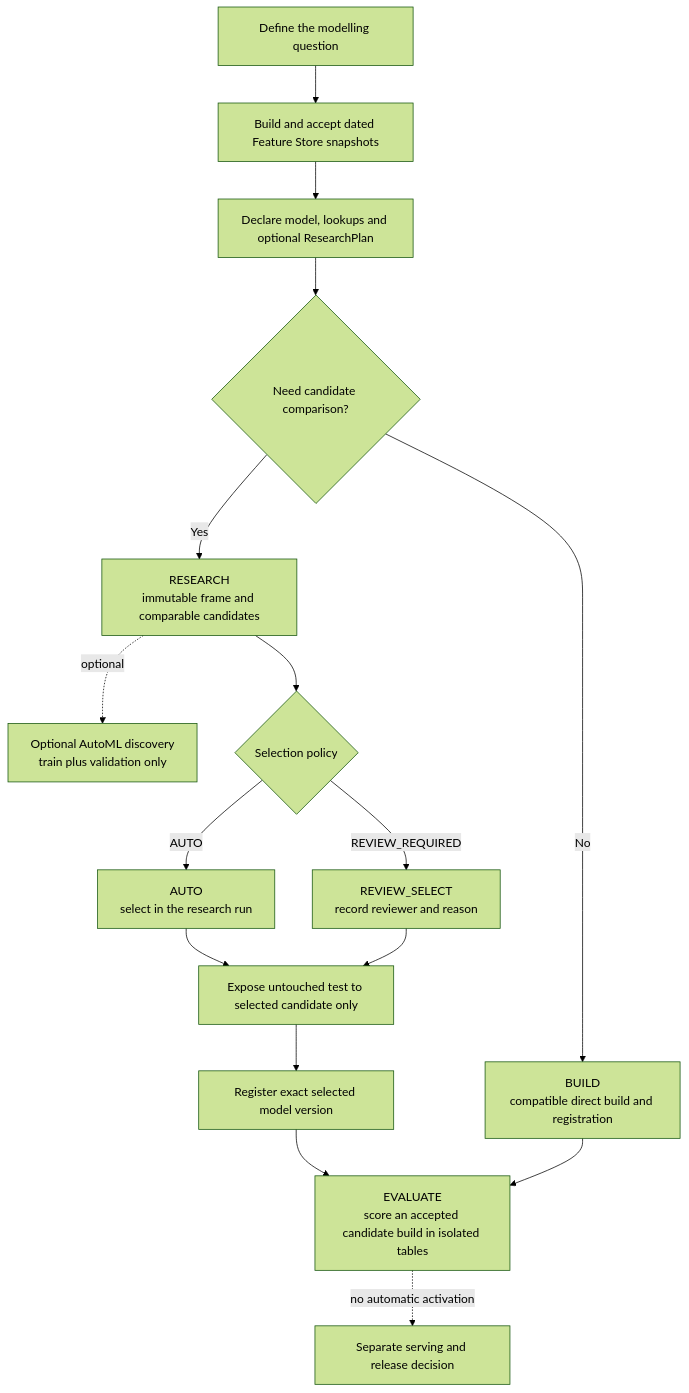
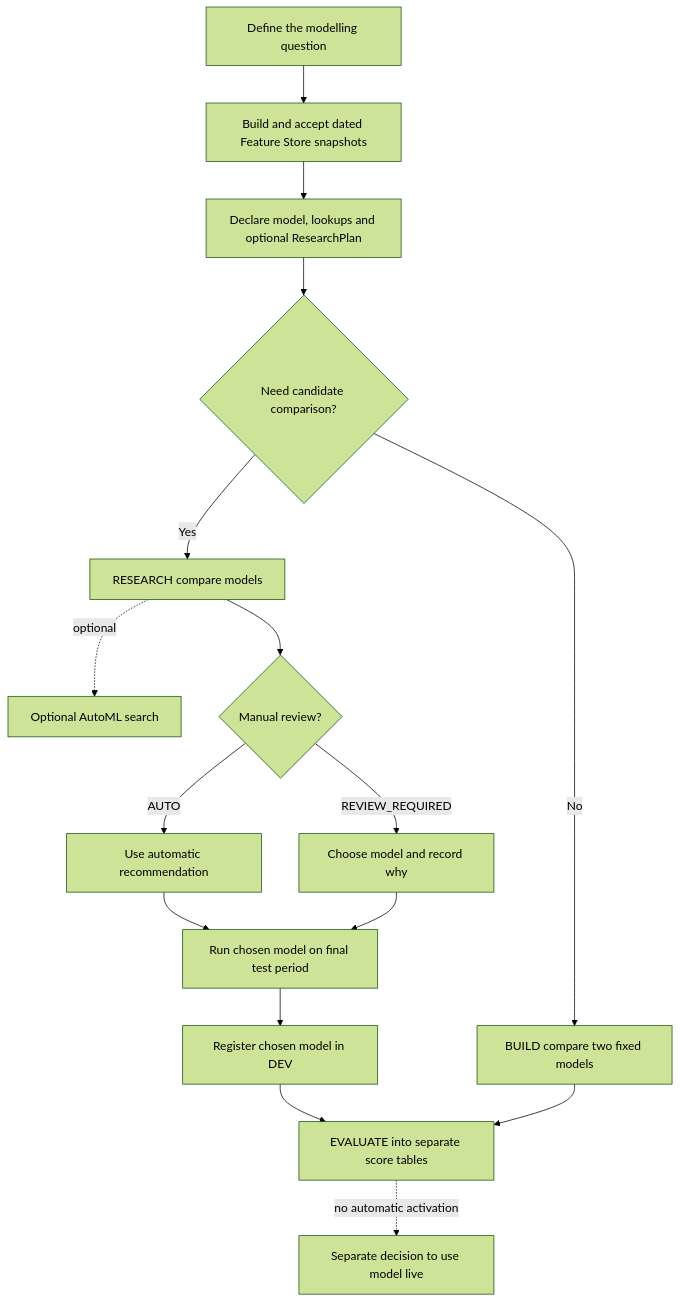
The diagram in docs/model_research_walkthrough.md (swblain-glyndwr/personal_project), drawn with Mermaid (forest theme) before and after one commit. The commit also changed other lines of this file, not shown here.

Commit message:
Simplify model research walkthrough

````diff
--- a/docs/model_research_walkthrough.md
+++ b/docs/model_research_walkthrough.md
@@ -90,28 +60,28 @@
 ```mermaid
 flowchart TD
   question["Define the modelling question"]
   features["Build and accept dated Feature Store snapshots"]
   declaration["Declare model, lookups and optional ResearchPlan"]
   build{"Need candidate comparison?"}
-  direct["BUILD\ncompatible direct build and registration"]
-  research["RESEARCH\nimmutable frame and comparable candidates"]
-  automl["Optional AutoML discovery\ntrain plus validation only"]
-  review{"Selection policy"}
-  auto["AUTO\nselect in the research run"]
-  manual["REVIEW_SELECT\nrecord reviewer and reason"]
-  test["Expose untouched test to selected candidate only"]
-  register["Register exact selected model version"]
-  evaluate["EVALUATE\nscore an accepted candidate build in isolated tables"]
-  live["Separate serving and release decision"]
+  direct["BUILD compare two fixed models"]
+  research["RESEARCH compare models"]
+  automl["Optional AutoML search"]
+  review{"Manual review?"}
+  auto["Use automatic recommendation"]
+  manual["Choose model and record why"]
+  test["Run chosen model on final test period"]
+  register["Register chosen model in DEV"]
+  evaluate["EVALUATE into separate score tables"]
+  live["Separate decision to use model live"]
 
   question --> features --> declaration --> build
   build -->|No| direct
   build -->|Yes| research
   research -. optional .-> automl
   research --> review
   review -->|AUTO| auto --> test
   review -->|REVIEW_REQUIRED| manual --> test
   test --> register --> evaluate
   direct --> evaluate
   evaluate -. no automatic activation .-> live
 ```
````
